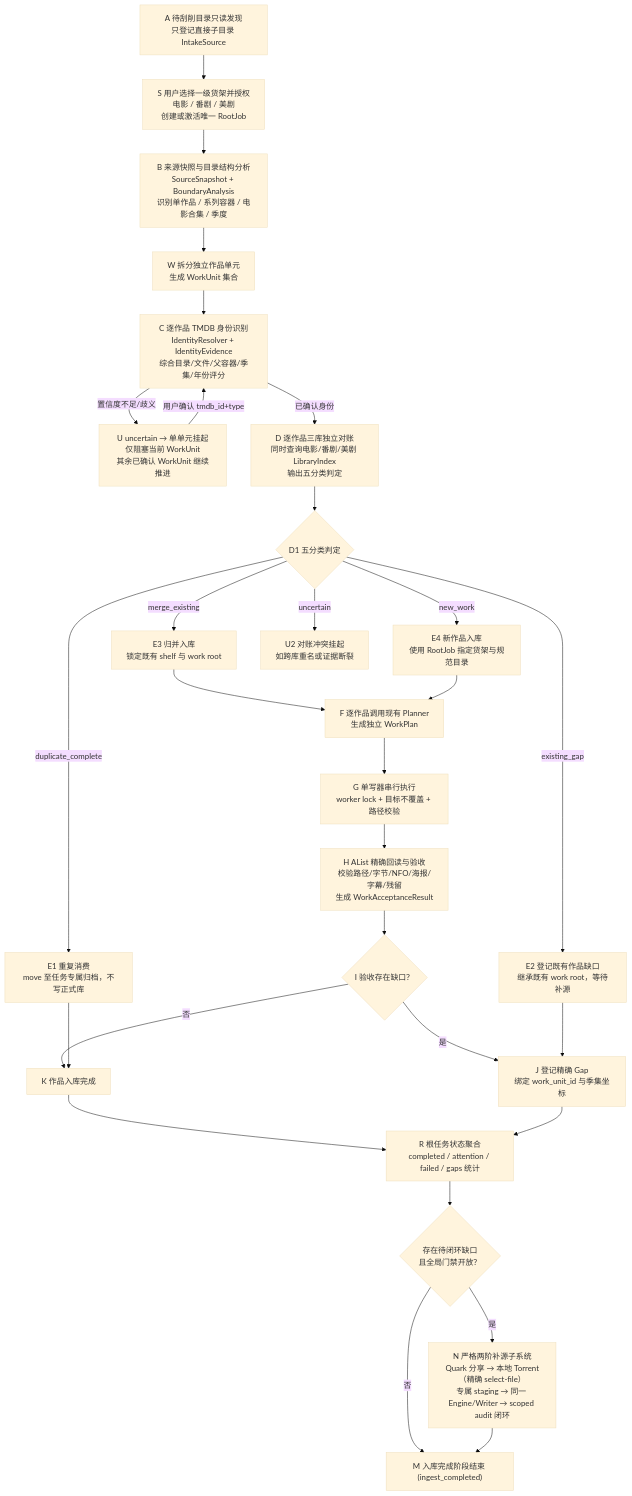
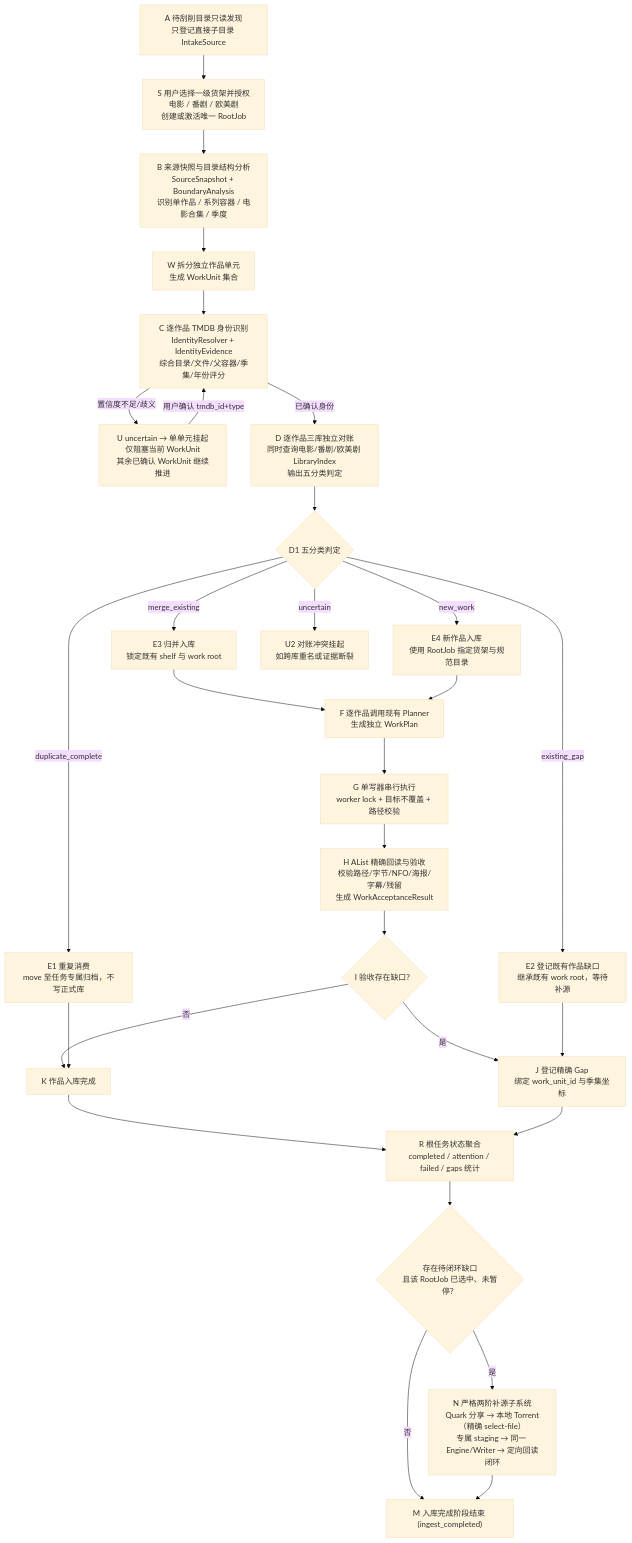
Before and after one commit to Niutopia/ScrapeFlow: the diagram in AGENTS.md, drawn with Mermaid (base theme). The commit also changed other lines of this file and 18 other files, not shown here.

````diff
--- a/AGENTS.md
+++ b/AGENTS.md
@@ -84,41 +65,41 @@
 ```mermaid
 flowchart TD
     A["A 待刮削目录只读发现<br/>只登记直接子目录 IntakeSource"] -->
-    S["S 用户选择一级货架并授权<br/>电影 / 番剧 / 美剧<br/>创建或激活唯一 RootJob"] -->
+    S["S 用户选择一级货架并授权<br/>电影 / 番剧 / 欧美剧<br/>创建或激活唯一 RootJob"] -->
     B["B 来源快照与目录结构分析<br/>SourceSnapshot + BoundaryAnalysis<br/>识别单作品 / 系列容器 / 电影合集 / 季度"] -->
     W["W 拆分独立作品单元<br/>生成 WorkUnit 集合"]
 
     W --> C["C 逐作品 TMDB 身份识别<br/>IdentityResolver + IdentityEvidence<br/>综合目录/文件/父容器/季集/年份评分"]
 
     C -->|置信度不足/歧义| U["U uncertain → 单单元挂起<br/>仅阻塞当前 WorkUnit<br/>其余已确认 WorkUnit 继续推进"]
     U -->|用户确认 tmdb_id+type| C
 
-    C -->|已确认身份| D["D 逐作品三库独立对账<br/>同时查询电影/番剧/美剧 LibraryIndex<br/>输出五分类判定"]
+    C -->|已确认身份| D["D 逐作品三库独立对账<br/>同时查询电影/番剧/欧美剧 LibraryIndex<br/>输出五分类判定"]
 
     D --> D1{"D1 五分类判定"}
     D1 -->|duplicate_complete| E1["E1 重复消费<br/>move 至任务专属归档，不写正式库"]
     D1 -->|existing_gap| E2["E2 登记既有作品缺口<br/>继承既有 work root，等待补源"]
     D1 -->|merge_existing| E3["E3 归并入库<br/>锁定既有 shelf 与 work root"]
     D1 -->|new_work| E4["E4 新作品入库<br/>使用 RootJob 指定货架与规范目录"]
     D1 -->|uncertain| U2["U2 对账冲突挂起<br/>如跨库重名或证据断裂"]
 
     E3 --> F["F 逐作品调用现有 Planner<br/>生成独立 WorkPlan"]
     E4 --> F
 
     F --> G["G 单写器串行执行<br/>worker lock + 目标不覆盖 + 路径校验"]
     G --> H["H AList 精确回读与验收<br/>校验路径/字节/NFO/海报/字幕/残留<br/>生成 WorkAcceptanceResult"]
 
     H --> I{"I 验收存在缺口？"}
     I -->|是| J["J 登记精确 Gap<br/>绑定 work_unit_id 与季集坐标"]
     I -->|否| K["K 作品入库完成"]
     E1 --> K
     E2 --> J
 
     K --> R["R 根任务状态聚合<br/>completed / attention / failed / gaps 统计"]
     J --> R
 
-    R --> L{"存在待闭环缺口<br/>且全局门禁开放？"}
+    R --> L{"存在待闭环缺口<br/>且该 RootJob 已选中、未暂停？"}
     L -->|否| M["M 入库完成阶段结束 (ingest_completed)"]
-    L -->|是| N["N 严格两阶补源子系统<br/>Quark 分享 → 本地 Torrent（精确 select-file）<br/>专属 staging → 同一 Engine/Writer → scoped audit 闭环"]
+    L -->|是| N["N 严格两阶补源子系统<br/>Quark 分享 → 本地 Torrent（精确 select-file）<br/>专属 staging → 同一 Engine/Writer → 定向回读闭环"]
     N --> M
 ```
````
